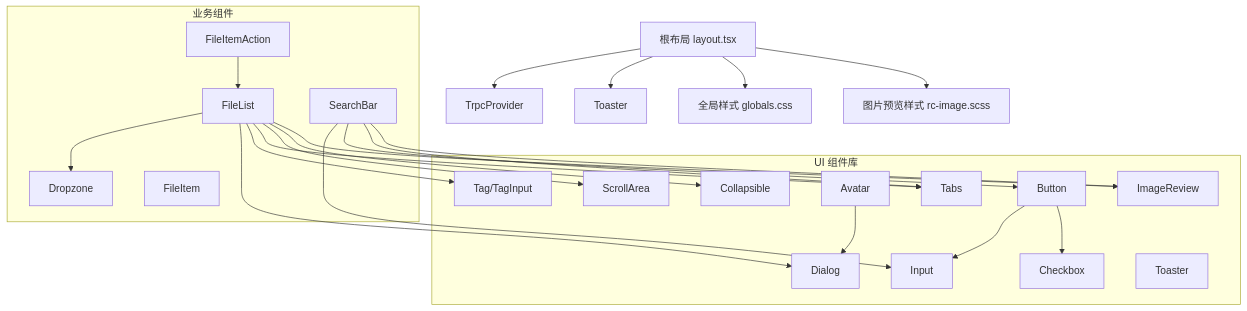
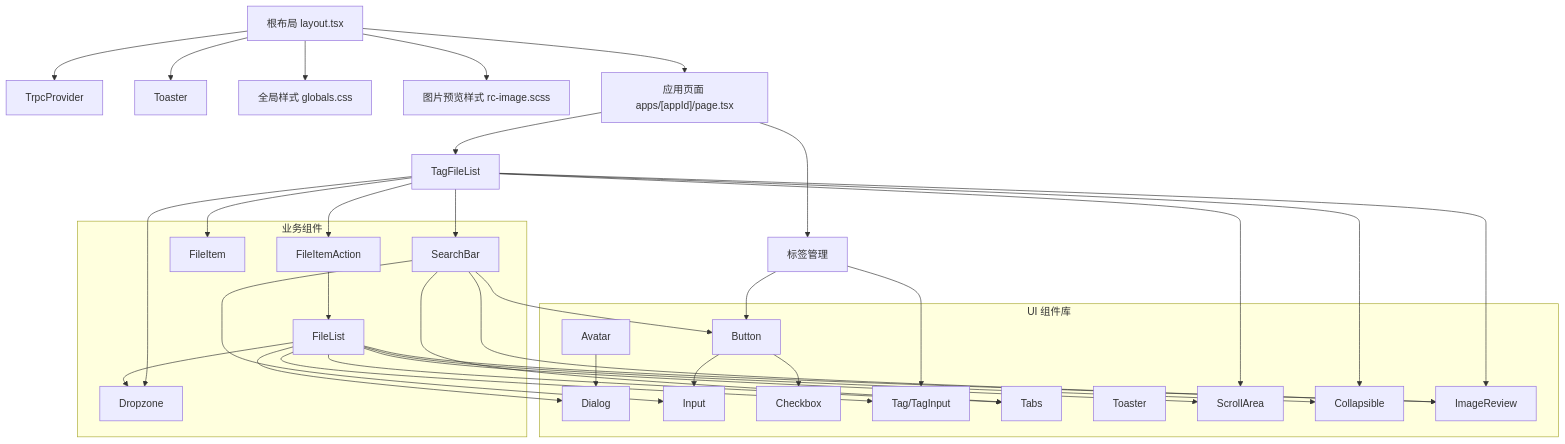
Before and after one commit to RadiumAg/image-saas: the second of 11 diagrams in .qoder/repowiki/zh/content/前端组件架构/前端组件架构.md, drawn with Mermaid. The commit also changed other lines of this file and 6 other files, not shown here.

````diff
--- a/.qoder/repowiki/zh/content/前端组件架构/前端组件架构.md
+++ b/.qoder/repowiki/zh/content/前端组件架构/前端组件架构.md
@@ -222,42 +249,54 @@
 ```mermaid
 graph TB
 R["根布局 layout.tsx"] --> P["TrpcProvider"]
 R --> M["Toaster"]
 R --> ST["全局样式 globals.css"]
 R --> SC["图片预览样式 rc-image.scss"]
+R --> AP["应用页面 apps/[appId]/page.tsx"]
+AP --> TF["TagFileList"]
+AP --> TM["标签管理"]
 subgraph "UI 组件库"
 U1["Button"]
 U2["Dialog"]
 U3["Input"]
 U4["Checkbox"]
 U5["Tag/TagInput"]
 U6["Tabs"]
 U7["Avatar"]
 U8["Toaster"]
 U9["ScrollArea"]
 U10["Collapsible"]
 U11["ImageReview"]
 end
 subgraph "业务组件"
 B1["FileList"]
 B2["Dropzone"]
 B3["SearchBar"]
 B4["FileItem"]
 B5["FileItemAction"]
 end
 B1 --> B2
 B1 --> U2
 B1 --> U5
 B1 --> U6
 B1 --> U9
 B1 --> U10
 B1 --> U11
 B5 --> B1
 B3 --> U3
 B3 --> U1
 B3 --> U6
 B3 --> U11
 U1 --> U3
 U1 --> U4
 U7 --> U2
+TF --> B4
+TF --> B5
+TF --> B2
+TF --> B3
+TF --> U10
+TF --> U9
+TF --> U11
+TM --> U5
+TM --> U1
 ```
````
